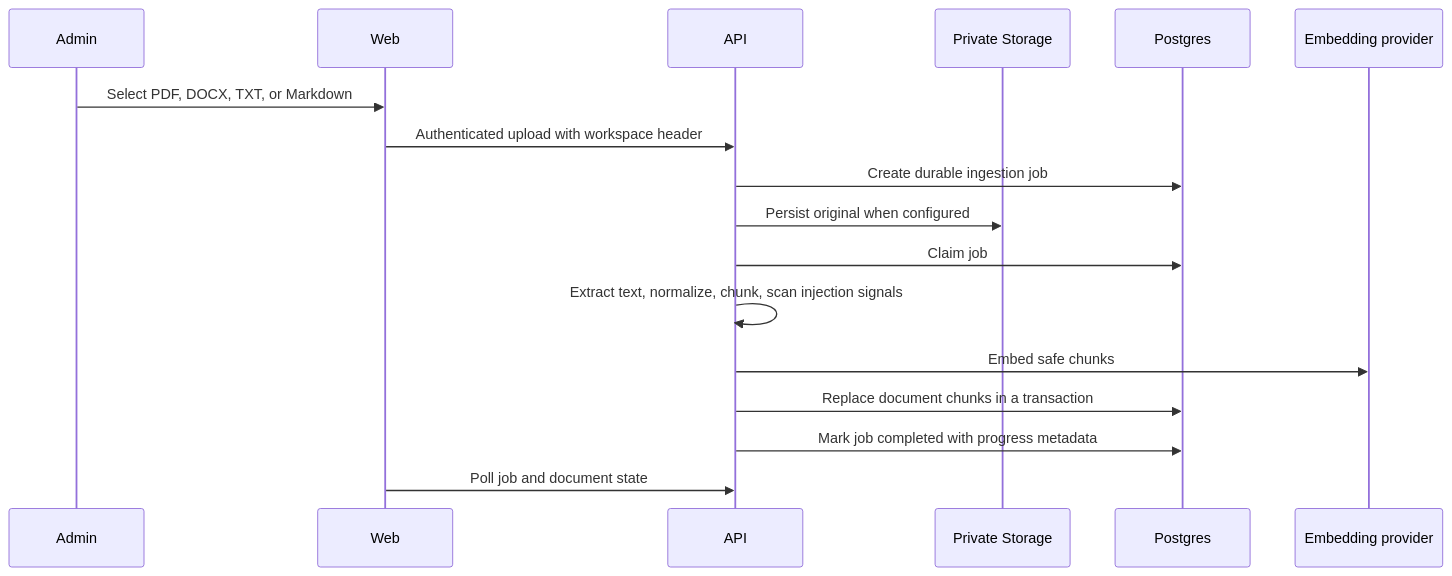
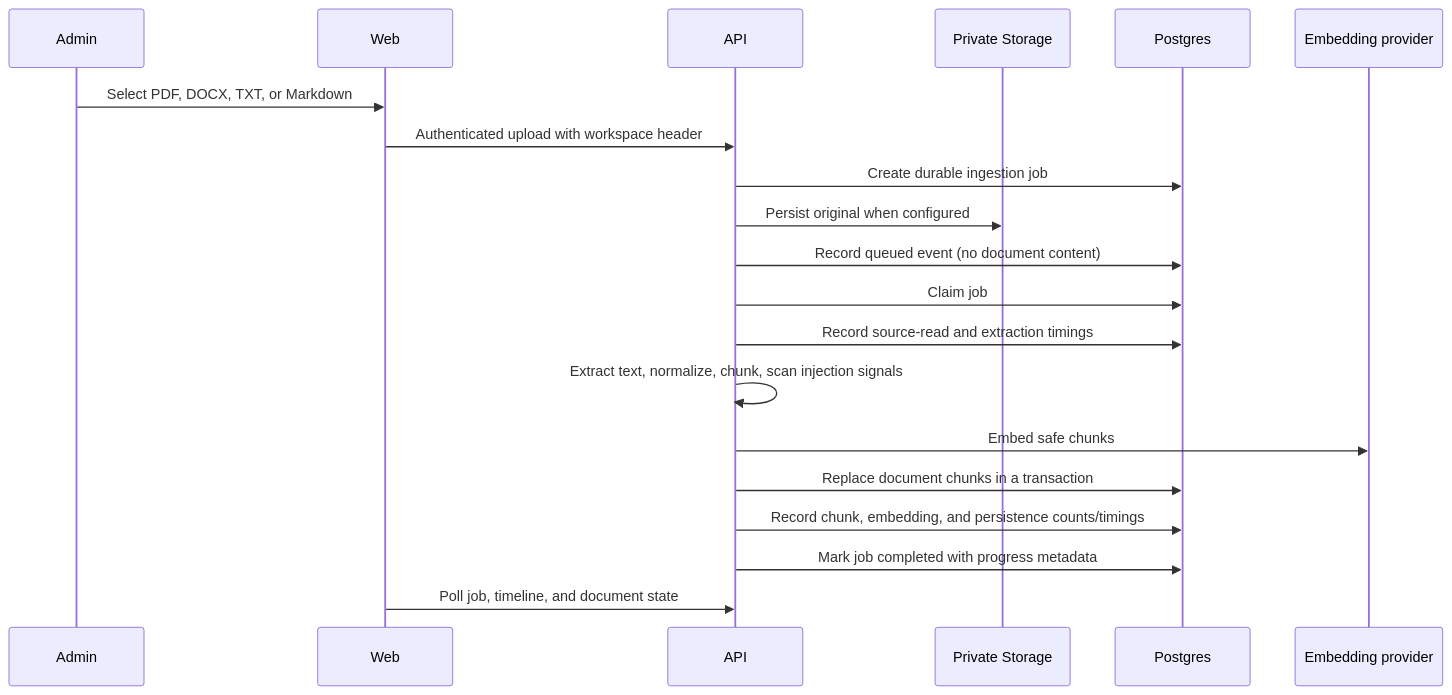
The third of 4 diagrams in docs/system-architecture.md (willianmesko/rag-study-mvp), drawn with Mermaid before and after one commit. The commit also changed other lines of this file and 14 other files, not shown here.

Commit message:
feat: add persisted ingestion timeline

````diff
--- a/docs/system-architecture.md
+++ b/docs/system-architecture.md
@@ -77,20 +77,23 @@
 ```mermaid
 sequenceDiagram
   participant Admin
   participant Web
   participant API
   participant Store as Private Storage
   participant DB as Postgres
   participant Model as Embedding provider
 
   Admin->>Web: Select PDF, DOCX, TXT, or Markdown
   Web->>API: Authenticated upload with workspace header
   API->>DB: Create durable ingestion job
   API->>Store: Persist original when configured
+  API->>DB: Record queued event (no document content)
   API->>DB: Claim job
+  API->>DB: Record source-read and extraction timings
   API->>API: Extract text, normalize, chunk, scan injection signals
   API->>Model: Embed safe chunks
   API->>DB: Replace document chunks in a transaction
+  API->>DB: Record chunk, embedding, and persistence counts/timings
   API->>DB: Mark job completed with progress metadata
-  Web->>API: Poll job and document state
+  Web->>API: Poll job, timeline, and document state
 ```
````
